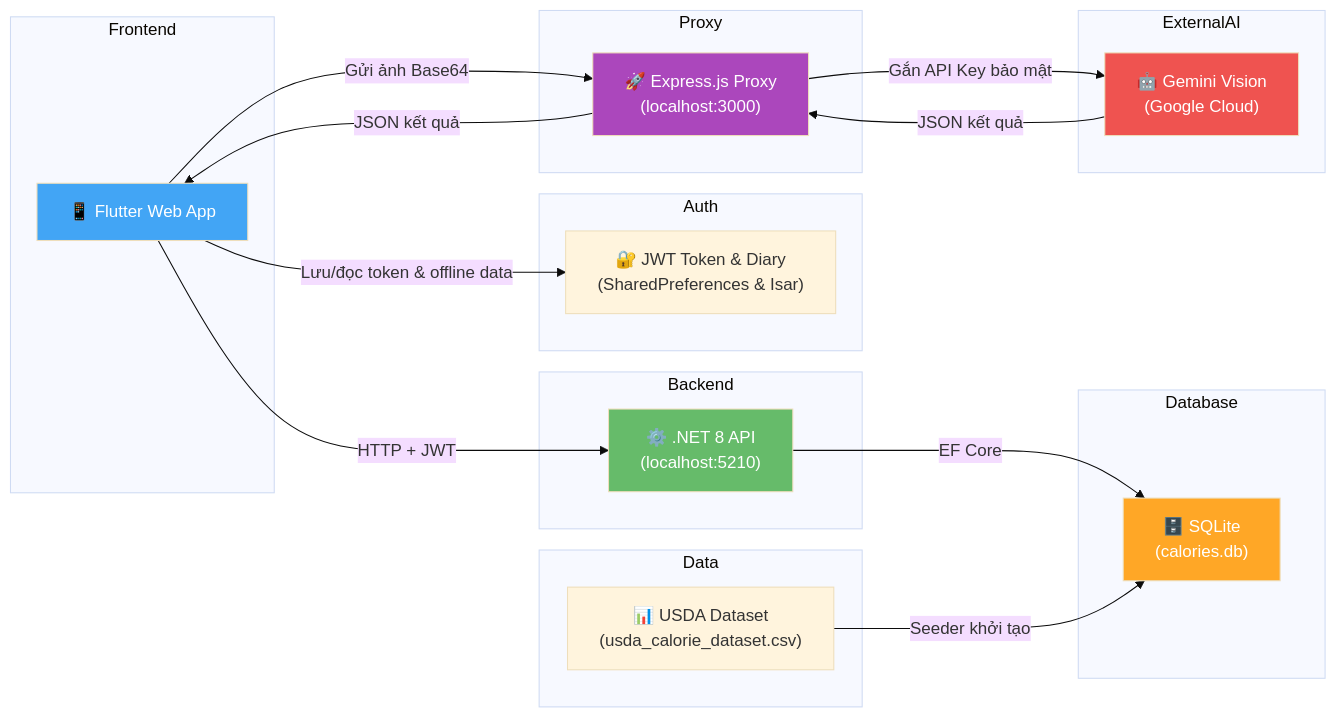
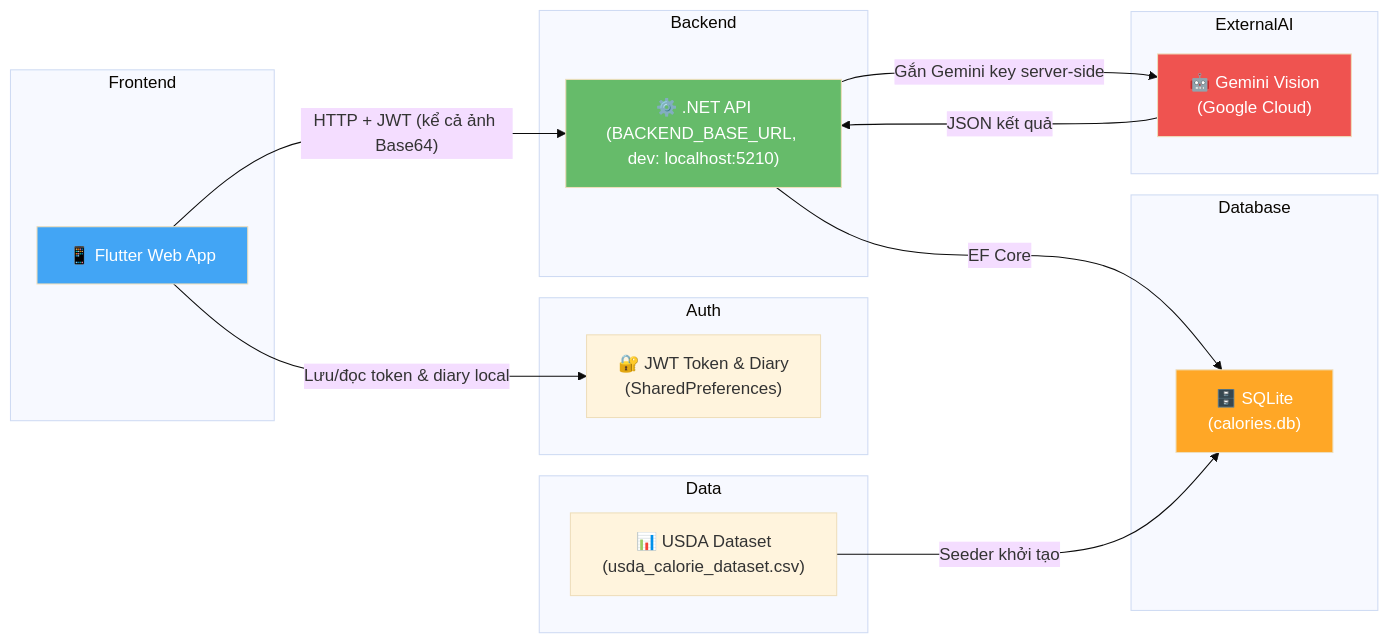
The ninth of 9 diagrams in docs/SYSTEM_ARCHITECTURE.md (trangkhanh-ai/Calories-Tracking-App), drawn with Mermaid (base theme) before and after one commit. The commit also changed other lines of this file and 18 other files, not shown here.

````diff
--- a/docs/SYSTEM_ARCHITECTURE.md
+++ b/docs/SYSTEM_ARCHITECTURE.md
@@ -356,45 +350,38 @@
 ```mermaid
 flowchart LR
     subgraph Frontend
         A["📱 Flutter Web App"]
     end
 
     subgraph Auth
-        B["🔐 JWT Token & Diary<br/>(SharedPreferences & Isar)"]
-    end
-
-    subgraph Proxy
-        P["🚀 Express.js Proxy<br/>(localhost:3000)"]
+        B["🔐 JWT Token & Diary<br/>(SharedPreferences)"]
     end
 
     subgraph Backend
-        C["⚙️ .NET 8 API<br/>(localhost:5210)"]
+        C["⚙️ .NET API<br/>(BACKEND_BASE_URL, dev: localhost:5210)"]
     end
 
     subgraph Database
         D["🗄️ SQLite<br/>(calories.db)"]
     end
 
     subgraph ExternalAI
         E["🤖 Gemini Vision<br/>(Google Cloud)"]
     end
 
     subgraph Data
         F["📊 USDA Dataset<br/>(usda_calorie_dataset.csv)"]
     end
 
-    A -->|"HTTP + JWT"| C
-    A -->|"Lưu/đọc token & offline data"| B
-    A -->|"Gửi ảnh Base64"| P
-    P -->|"Gắn API Key bảo mật"| E
+    A -->|"HTTP + JWT (kể cả ảnh Base64)"| C
+    A -->|"Lưu/đọc token & diary local"| B
+    C -->|"Gắn Gemini key server-side"| E
     C -->|"EF Core"| D
     F -->|"Seeder khởi tạo"| D
-    E -->|"JSON kết quả"| P
-    P -->|"JSON kết quả"| A
+    E -->|"JSON kết quả"| C
 
     style A fill:#42A5F5,color:#fff
     style C fill:#66BB6A,color:#fff
-    style P fill:#AB47BC,color:#fff
     style D fill:#FFA726,color:#fff
     style E fill:#EF5350,color:#fff
 ```
````
